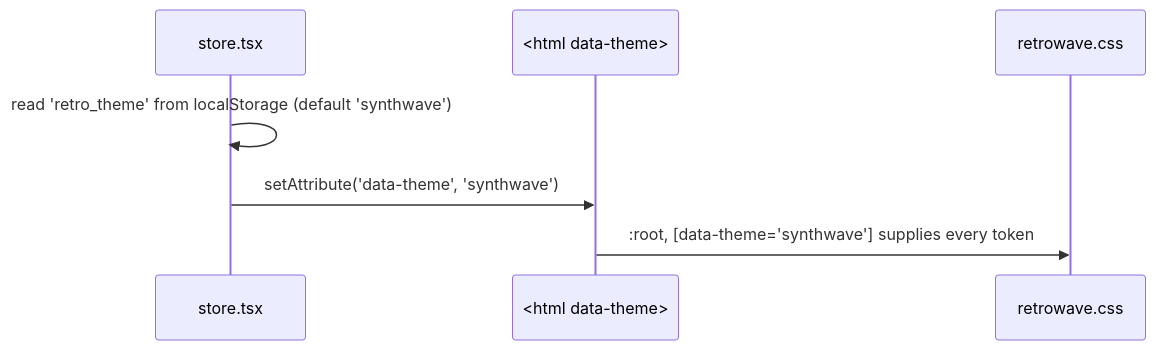
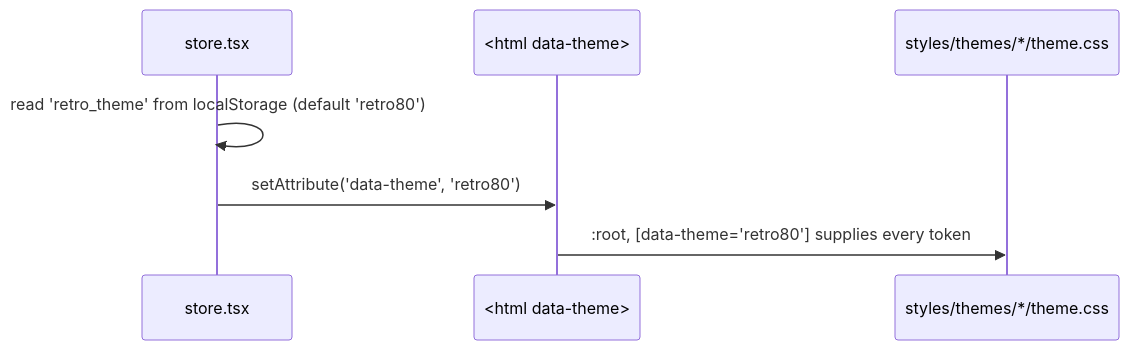
One commit to IrmaJoKerr/ft_transcendence-ludo changed the diagram in docs/frontend/frontend-styles-system.md. Above: the diagram before and after it, drawn with Mermaid. The commit also changed other lines of this file and 50 other files, not shown here.

````diff
--- a/docs/frontend/frontend-styles-system.md
+++ b/docs/frontend/frontend-styles-system.md
@@ -97,10 +106,10 @@
 ```mermaid
 sequenceDiagram
     participant Store as store.tsx
     participant HTML as <html data-theme>
-    participant CSS as retrowave.css
+    participant CSS as styles/themes/*/theme.css
 
-    Store->>Store: read 'retro_theme' from localStorage (default 'synthwave')
-    Store->>HTML: setAttribute('data-theme', 'synthwave')
-    HTML->>CSS: :root, [data-theme='synthwave'] supplies every token
+    Store->>Store: read 'retro_theme' from localStorage (default 'retro80')
+    Store->>HTML: setAttribute('data-theme', 'retro80')
+    HTML->>CSS: :root, [data-theme='retro80'] supplies every token
 ```
````
